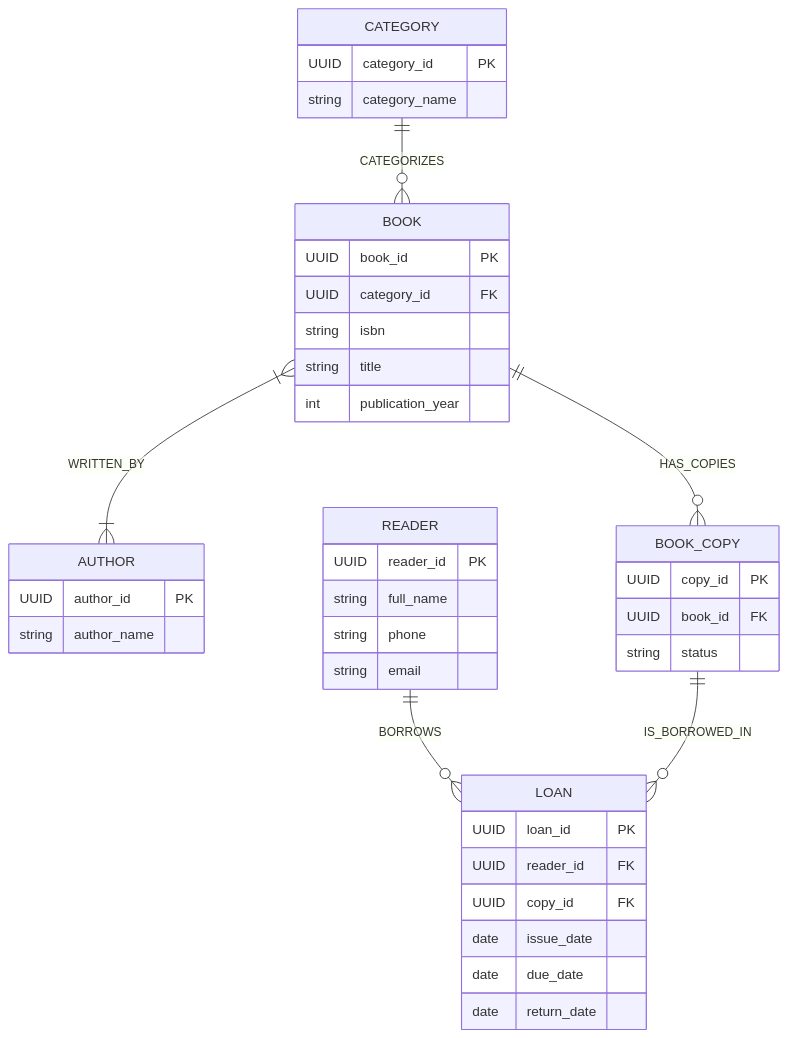
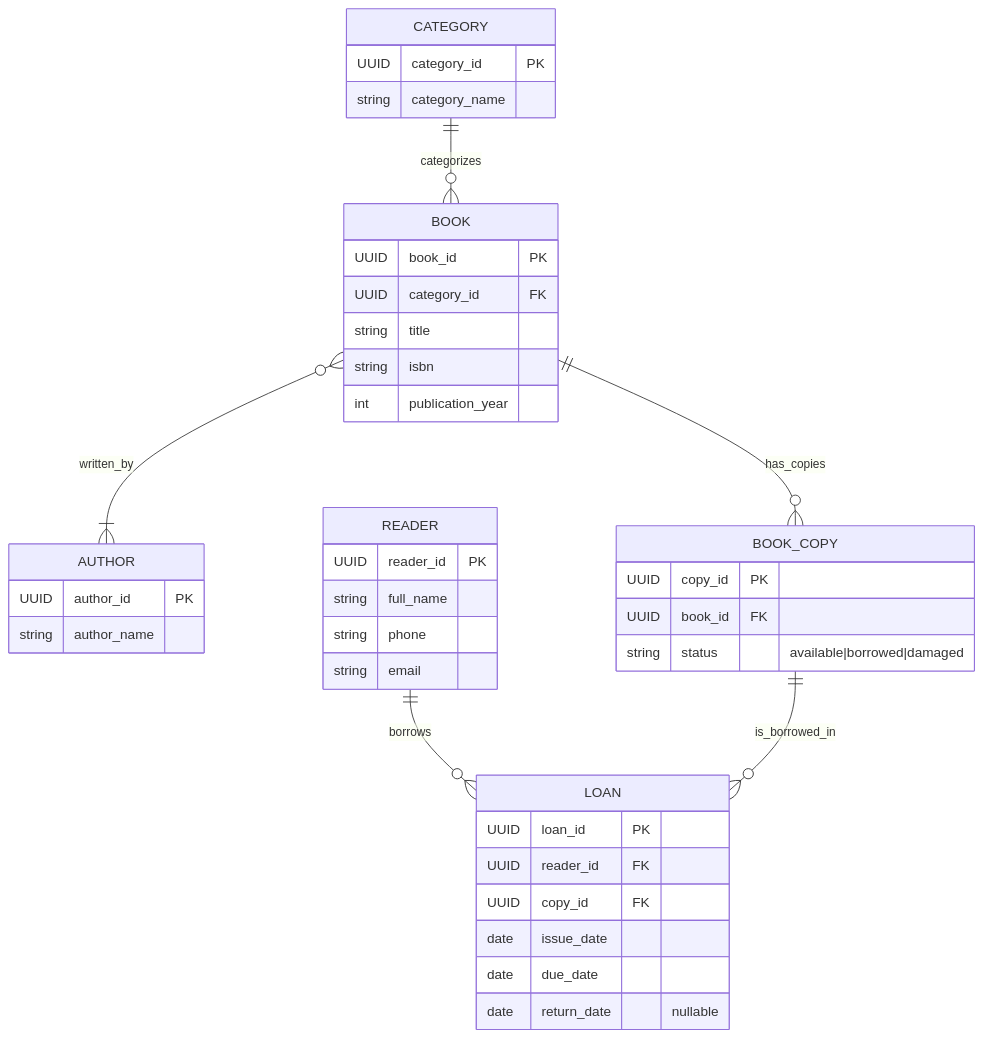
Before and after one commit to xadoqu/ModelingAnalysis: the diagram in er-diagram.mmd, drawn with Mermaid.

Commit message:
Refactor ER diagram relationships and attributes

```diff
--- a/er-diagram.mmd
+++ b/er-diagram.mmd
@@ -1,46 +1,46 @@
 erDiagram
-    CATEGORY ||--o{ BOOK : "CATEGORIZES"
-    BOOK }|--|{ AUTHOR : "WRITTEN_BY"
-    BOOK ||--o{ BOOK_COPY : "HAS_COPIES"
-    READER ||--o{ LOAN : "BORROWS"
-    BOOK_COPY ||--o{ LOAN : "IS_BORROWED_IN"
+    CATEGORY ||--o{ BOOK : "categorizes"
+    BOOK }o--|{ AUTHOR : "written_by"
+    BOOK ||--o{ BOOK_COPY : "has_copies"
+    READER ||--o{ LOAN : "borrows"
+    BOOK_COPY ||--o{ LOAN : "is_borrowed_in"
 
     CATEGORY {
         UUID category_id PK
         string category_name
     }
 
     BOOK {
         UUID book_id PK
         UUID category_id FK
+        string title
         string isbn
-        string title
         int publication_year
     }
 
     AUTHOR {
         UUID author_id PK
         string author_name
     }
 
     BOOK_COPY {
         UUID copy_id PK
         UUID book_id FK
-        string status
+        string status "available|borrowed|damaged"
     }
 
     READER {
         UUID reader_id PK
         string full_name
         string phone
         string email
     }
 
     LOAN {
         UUID loan_id PK
         UUID reader_id FK
         UUID copy_id FK
         date issue_date
         date due_date
-        date return_date
+        date return_date "nullable"
     }
```
